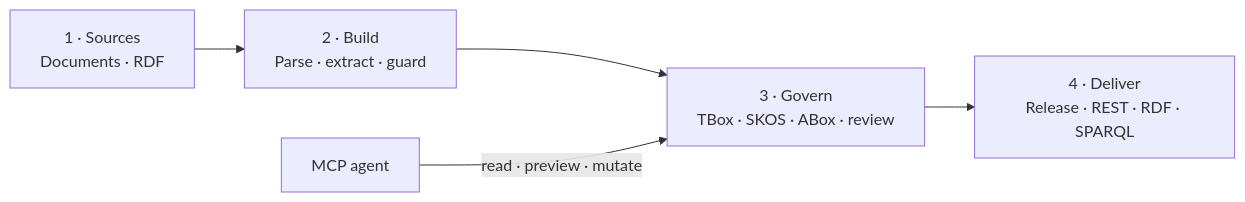
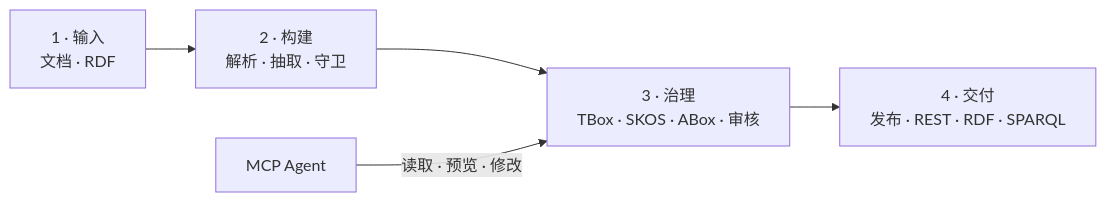
One commit to mlnethub/isestudio changed the first of 2 diagrams in README.md. Above: the diagram before and after it, drawn with Mermaid. The commit also changed other lines of this file and 3 other files, not shown here.

````diff
--- a/README.md
+++ b/README.md
@@ -92,7 +78,7 @@
 ```mermaid
 flowchart LR
-    SOURCE["1 · Sources<br/>Documents · RDF"] --> BUILD["2 · Build<br/>Parse · extract · guard"]
-    BUILD --> GOVERN["3 · Govern<br/>TBox · SKOS · ABox · review"]
-    GOVERN --> DELIVER["4 · Deliver<br/>Release · REST · RDF · SPARQL"]
-    AGENT["MCP agent"] -->|"read · preview · mutate"| GOVERN
+    SOURCE["1 · 输入<br/>文档 · RDF"] --> BUILD["2 · 构建<br/>解析 · 抽取 · 守卫"]
+    BUILD --> GOVERN["3 · 治理<br/>TBox · SKOS · ABox · 审核"]
+    GOVERN --> DELIVER["4 · 交付<br/>发布 · REST · RDF · SPARQL"]
+    AGENT["MCP Agent"] -->|"读取 · 预览 · 修改"| GOVERN
 ```
````
